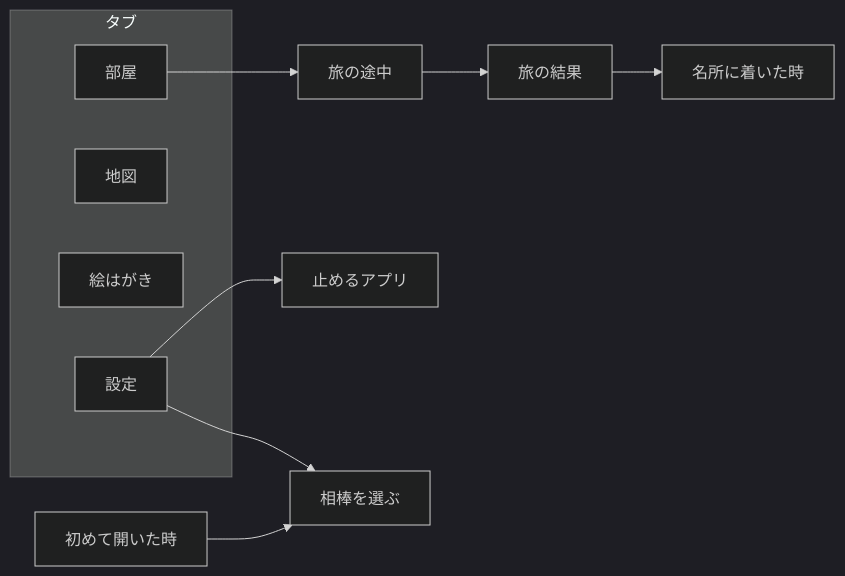
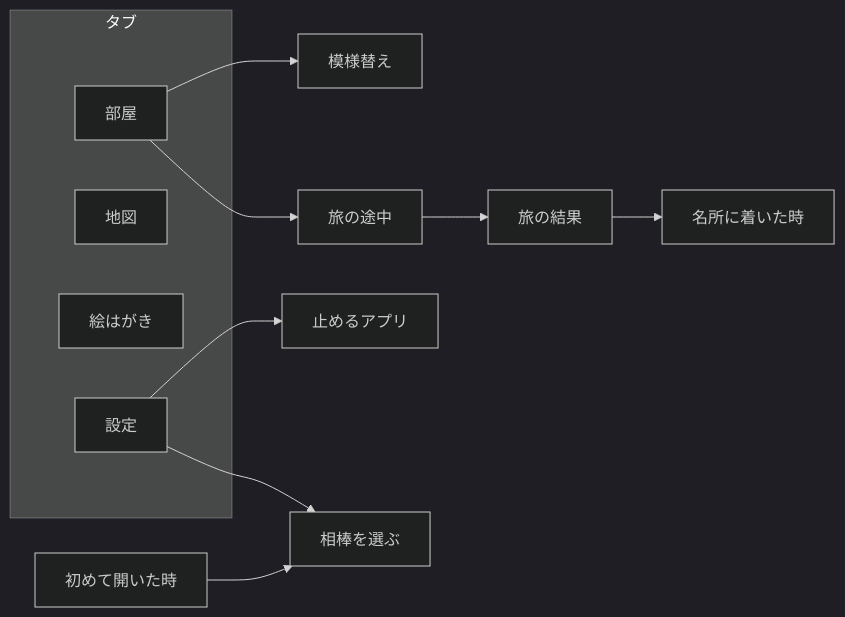
Before and after one commit to yossibank/unscroll: the diagram in docs/roadmap.md, drawn with Mermaid (dark theme). The commit also changed other lines of this file and 30 other files, not shown here.

````diff
--- a/docs/roadmap.md
+++ b/docs/roadmap.md
@@ -37,15 +37,16 @@
 ```mermaid
 flowchart LR
     first["初めて開いた時"] --> companion["相棒を選ぶ"]
     subgraph tabs["タブ"]
         room["部屋"]
         map["地図"]
         album["絵はがき"]
         set["設定"]
     end
+    room --> decor["模様替え"]
     room --> trip["旅の途中"]
     trip --> result["旅の結果"]
     result --> arrive["名所に着いた時"]
     set --> pick["止めるアプリ"]
     set --> companion
 ```
````
